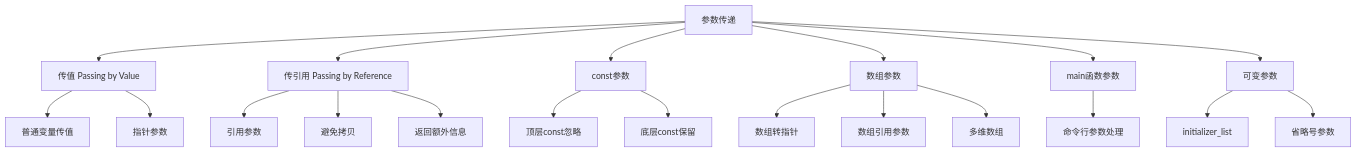
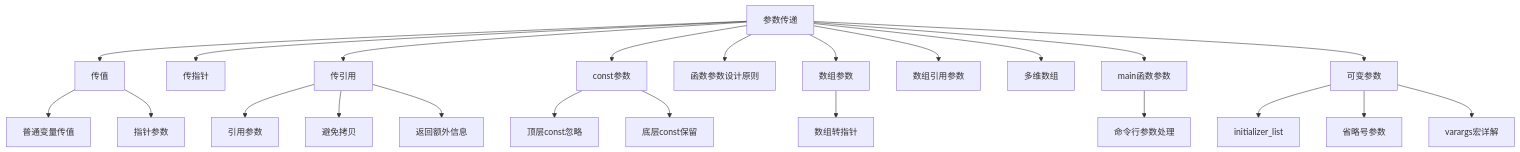
One commit to QinWenYan1/Primer_CPP changed the diagram in Chapter06_functions/note_6_2_argument_passing.md. Above: the diagram before and after it, drawn with Mermaid. The commit also changed other lines of this file and 7 other files, not shown here.

````diff
--- a/Chapter06_functions/note_6_2_argument_passing.md
+++ b/Chapter06_functions/note_6_2_argument_passing.md
@@ -8,28 +8,32 @@
 ```mermaid
 graph TD
-    A[参数传递] --> B[传值 Passing by Value]
-    A --> C[传引用 Passing by Reference]
+    A[参数传递] --> B[传值]
+    A --> Q[传指针]
+    A --> C[传引用]
     A --> D[const参数]
+    A --> Z[函数参数设计原则]
     A --> E[数组参数]
+    A --> E2[数组引用参数]
+    A --> E3[多维数组]
     A --> F[main函数参数]
     A --> G[可变参数]
     
     B --> B1[普通变量传值]
     B --> B2[指针参数]
     
     C --> C1[引用参数]
     C --> C2[避免拷贝]
     C --> C3[返回额外信息]
     
     D --> D1[顶层const忽略]
     D --> D2[底层const保留]
     
     E --> E1[数组转指针]
-    E --> E2[数组引用参数]
-    E --> E3[多维数组]
+    
     
     F --> F1[命令行参数处理]
     
     G --> G1[initializer_list]
     G --> G2[省略号参数]
+    G --> G3[varargs宏详解]
 ```
````
